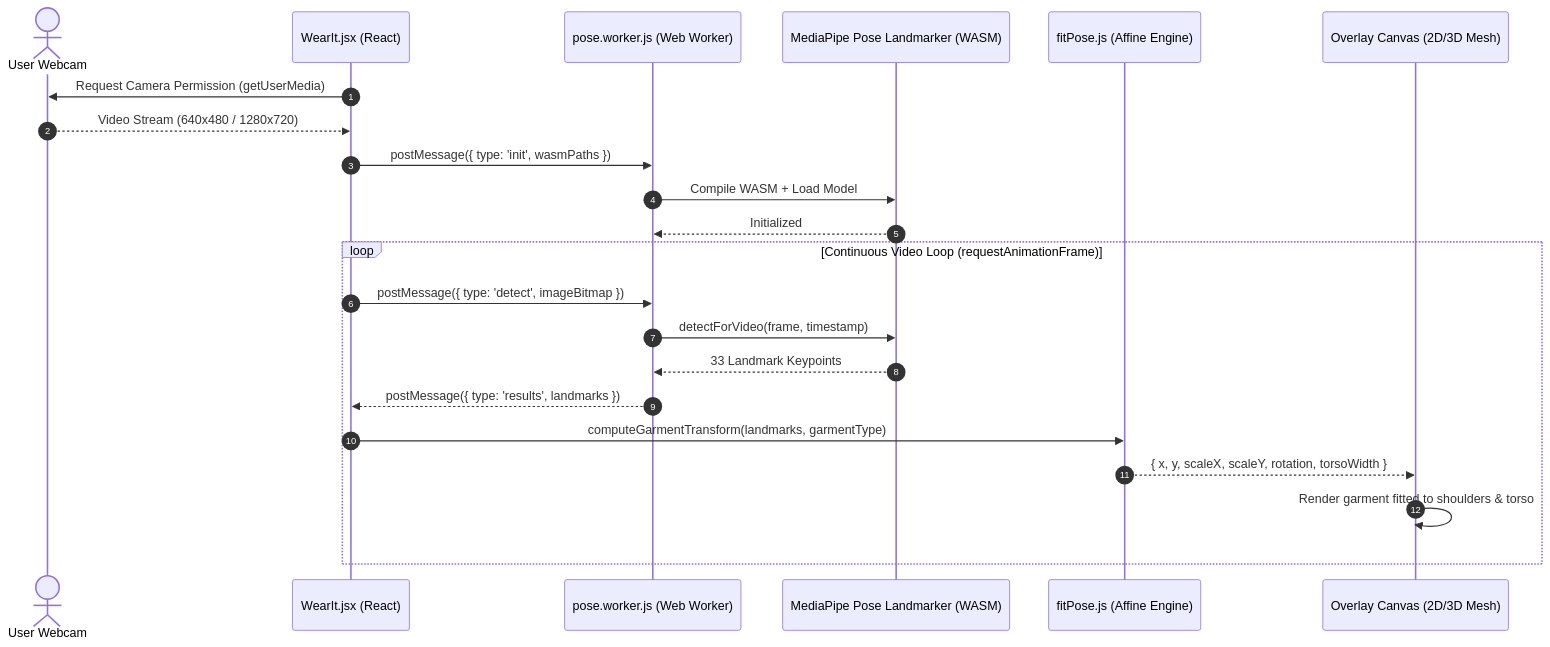
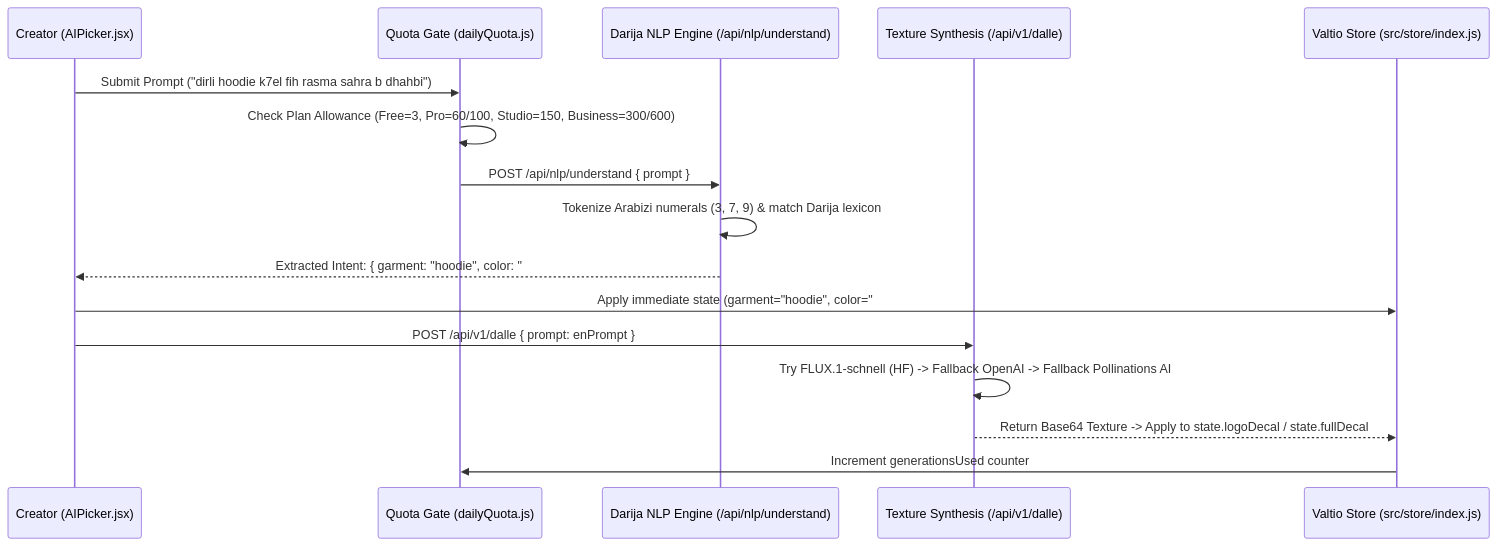
The second of 2 diagrams in ARCHITECTURE.md (fouad3966/Thirduni---Designili), drawn with Mermaid before and after one commit. The commit also changed other lines of this file and 1 other file, not shown here.

Commit message:
docs: sync hackathon judge guide in README and concise architecture specs

````diff
--- a/ARCHITECTURE.md
+++ b/ARCHITECTURE.md
@@ -256,26 +98,19 @@
 ```mermaid
 sequenceDiagram
-    autonumber
-    actor User as User Webcam
-    participant UI as WearIt.jsx (React)
-    participant Worker as pose.worker.js (Web Worker)
-    participant MediaPipe as MediaPipe Pose Landmarker (WASM)
-    participant FitPose as fitPose.js (Affine Engine)
-    participant Canvas as Overlay Canvas (2D/3D Mesh)
+    participant User as Creator (AIPicker.jsx)
+    participant Quota as Quota Gate (dailyQuota.js)
+    participant NLP as Darija NLP Engine (/api/nlp/understand)
+    participant AI as Texture Synthesis (/api/v1/dalle)
+    participant Store as Valtio Store (src/store/index.js)
 
-    UI->>User: Request Camera Permission (getUserMedia)
-    User-->>UI: Video Stream (640x480 / 1280x720)
-    UI->>Worker: postMessage({ type: 'init', wasmPaths })
-    Worker->>MediaPipe: Compile WASM + Load Model
-    MediaPipe-->>Worker: Initialized
-
-    loop Continuous Video Loop (requestAnimationFrame)
-        UI->>Worker: postMessage({ type: 'detect', imageBitmap })
-        Worker->>MediaPipe: detectForVideo(frame, timestamp)
-        MediaPipe-->>Worker: 33 Landmark Keypoints
-        Worker-->>UI: postMessage({ type: 'results', landmarks })
-        UI->>FitPose: computeGarmentTransform(landmarks, garmentType)
-        FitPose-->>Canvas: { x, y, scaleX, scaleY, rotation, torsoWidth }
-        Canvas->>Canvas: Render garment fitted to shoulders & torso
-    end
+    User->>Quota: Submit Prompt ("dirli hoodie k7el fih rasma sahra b dhahbi")
+    Quota->>Quota: Check Plan Allowance (Free=3, Pro=60/100, Studio=150, Business=300/600)
+    Quota->>NLP: POST /api/nlp/understand { prompt }
+    NLP->>NLP: Tokenize Arabizi numerals (3, 7, 9) & match Darija lexicon
+    NLP-->>User: Extracted Intent: { garment: "hoodie", color: "#111111", mode: "logo", enPrompt: "golden Saharan desert emblem..." }
+    User->>Store: Apply immediate state (garment="hoodie", color="#111111")
+    User->>AI: POST /api/v1/dalle { prompt: enPrompt }
+    AI->>AI: Try FLUX.1-schnell (HF) -> Fallback OpenAI -> Fallback Pollinations AI
+    AI-->>Store: Return Base64 Texture -> Apply to state.logoDecal / state.fullDecal
+    Store->>Quota: Increment generationsUsed counter
 ```
````
